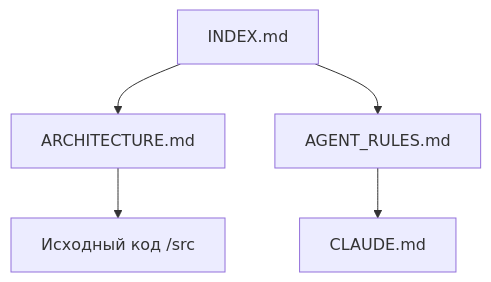
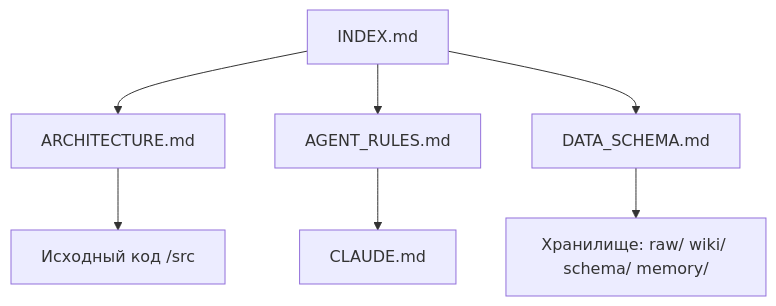
Before and after one commit to suer-tech/my_second_brain: the diagram in docs/wiki/INDEX.md, drawn with Mermaid. The commit also changed other lines of this file and 16 other files, not shown here.

First line of the commit message:
Refactor: Second Brain architecture with dual LLM providers, schema index, and memory store

````diff
--- a/docs/wiki/INDEX.md
+++ b/docs/wiki/INDEX.md
@@ -8,7 +8,9 @@
 ```mermaid
 graph TD
     Index[INDEX.md] --> Arch[ARCHITECTURE.md]
     Index --> Rules[AGENT_RULES.md]
+    Index --> Schema[DATA_SCHEMA.md]
     Arch --> Code[Исходный код /src]
     Rules --> Claude[CLAUDE.md]
+    Schema --> Storage[Хранилище: raw/ wiki/ schema/ memory/]
 ```
````
